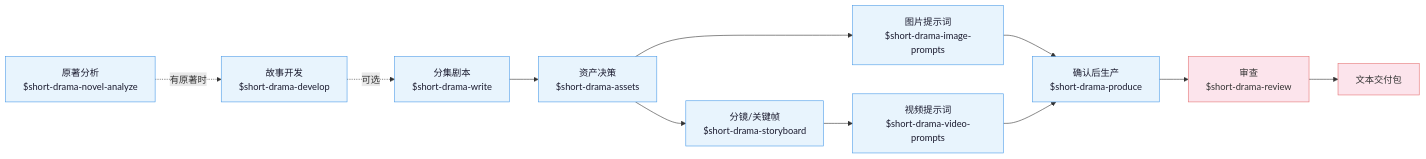
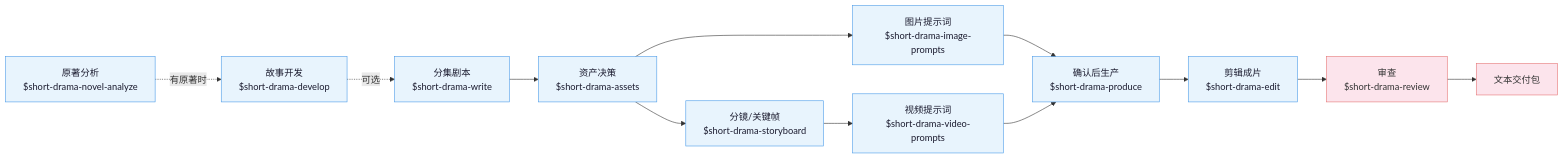
One commit to cherler/xiamimate-ai-atlas changed the diagram in data/readme/drama-skills.md. Above: the diagram before and after it, drawn with Mermaid. The commit also changed other lines of this file and 47 other files, not shown here.

````diff
--- a/data/readme/drama-skills.md
+++ b/data/readme/drama-skills.md
@@ -109,24 +233,25 @@
 ```mermaid
 flowchart LR
     classDef phase fill:#e8f4fd,color:#1a1a2e,stroke:#4a9be8,stroke-width:1px
     classDef final fill:#fce4ec,color:#333,stroke:#e57373,stroke-width:1px
 
     nva["原著分析<br/>$short-drama-novel-analyze"]:::phase
     dev["故事开发<br/>$short-drama-develop"]:::phase
     write["分集剧本<br/>$short-drama-write"]:::phase
     assets["资产决策<br/>$short-drama-assets"]:::phase
     img["图片提示词<br/>$short-drama-image-prompts"]:::phase
     sb["分镜/关键帧<br/>$short-drama-storyboard"]:::phase
     vid["视频提示词<br/>$short-drama-video-prompts"]:::phase
     prod["确认后生产<br/>$short-drama-produce"]:::phase
+    cut["剪辑成片<br/>$short-drama-edit"]:::phase
     rev["审查<br/>$short-drama-review"]:::final
     pkg["文本交付包"]:::final
 
     nva -.有原著时.-> dev
     dev -.可选.-> write --> assets
     assets --> img
     assets --> sb --> vid
     img --> prod
     vid --> prod
-    prod --> rev --> pkg
+    prod --> cut --> rev --> pkg
 ```
````
